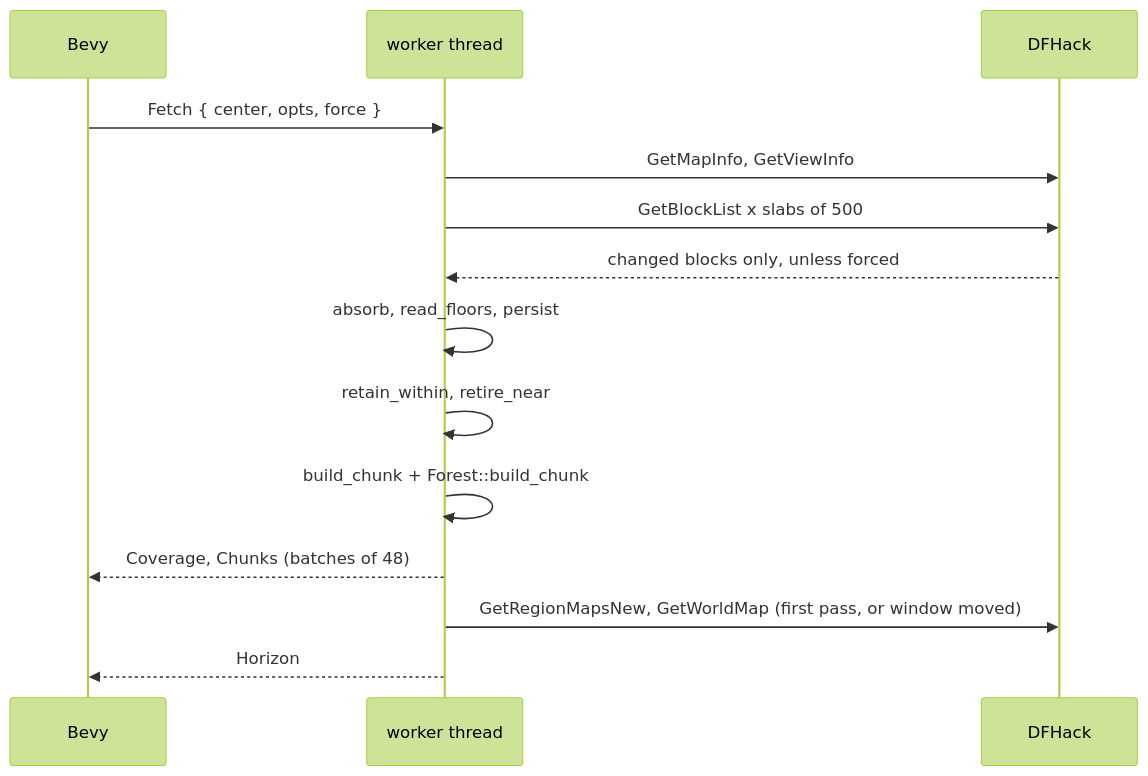
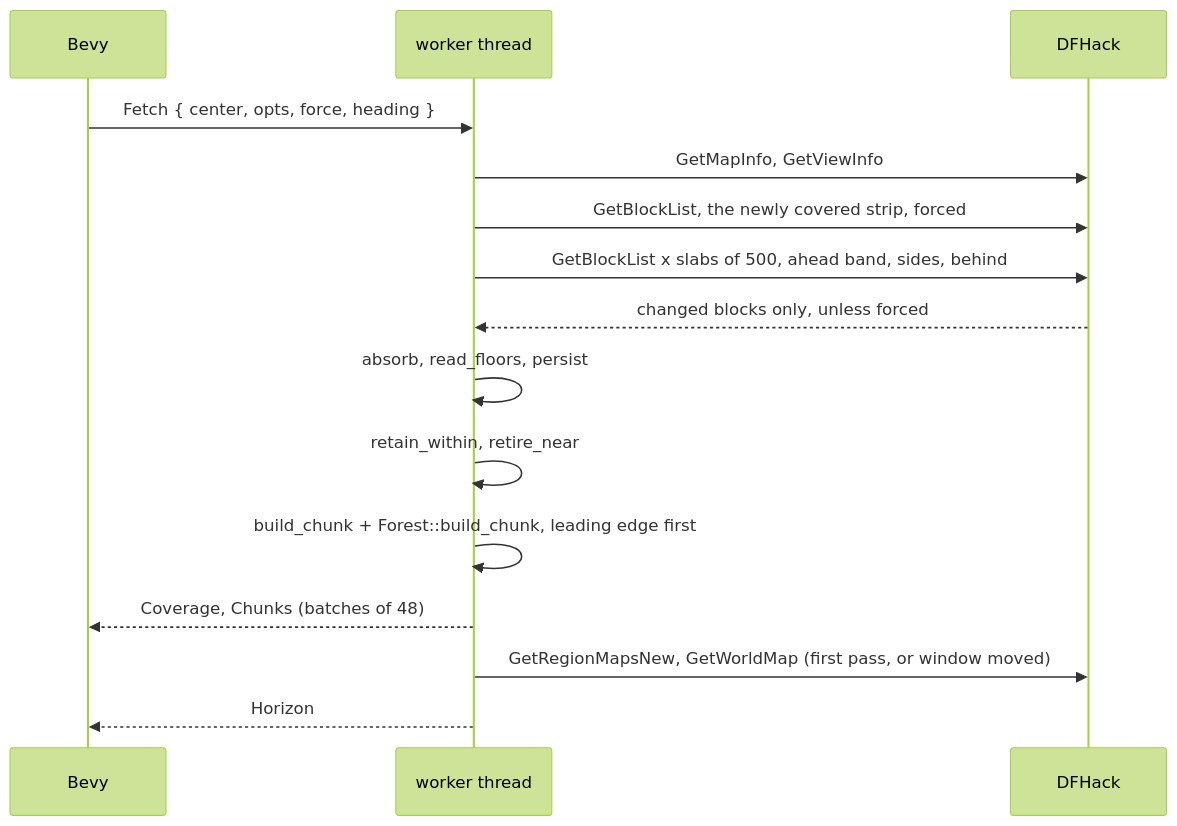
The diagram in docs/architecture/pipeline/worker.md (aaronsb/dwarf-eye), drawn with Mermaid (forest theme) before and after one commit. The commit also changed other lines of this file and 7 other files, not shown here.

````diff
--- a/docs/architecture/pipeline/worker.md
+++ b/docs/architecture/pipeline/worker.md
@@ -18,16 +18,17 @@
 ```mermaid
 sequenceDiagram
   participant R as Bevy
   participant W as worker thread
   participant D as DFHack
-  R->>W: Fetch { center, opts, force }
+  R->>W: Fetch { center, opts, force, heading }
   W->>D: GetMapInfo, GetViewInfo
-  W->>D: GetBlockList x slabs of 500
+  W->>D: GetBlockList, the newly covered strip, forced
+  W->>D: GetBlockList x slabs of 500, ahead band, sides, behind
   D-->>W: changed blocks only, unless forced
   W->>W: absorb, read_floors, persist
   W->>W: retain_within, retire_near
-  W->>W: build_chunk + Forest::build_chunk
+  W->>W: build_chunk + Forest::build_chunk, leading edge first
   W-->>R: Coverage, Chunks (batches of 48)
   W->>D: GetRegionMapsNew, GetWorldMap (first pass, or window moved)
   W-->>R: Horizon
 ```
````
